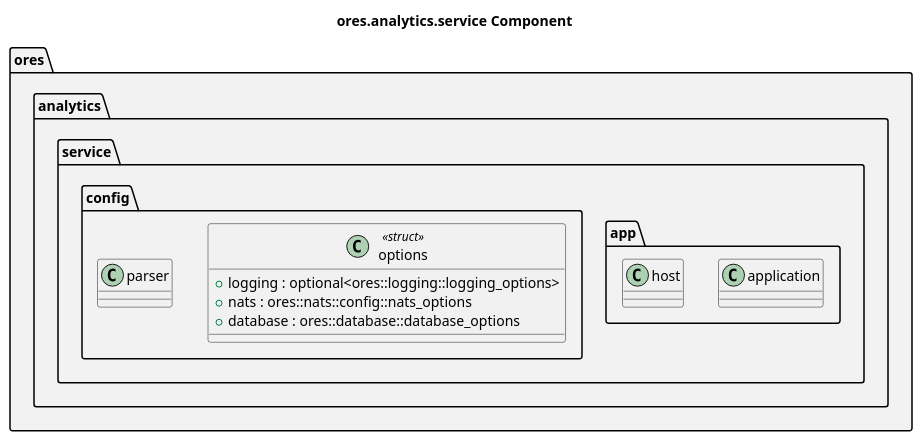
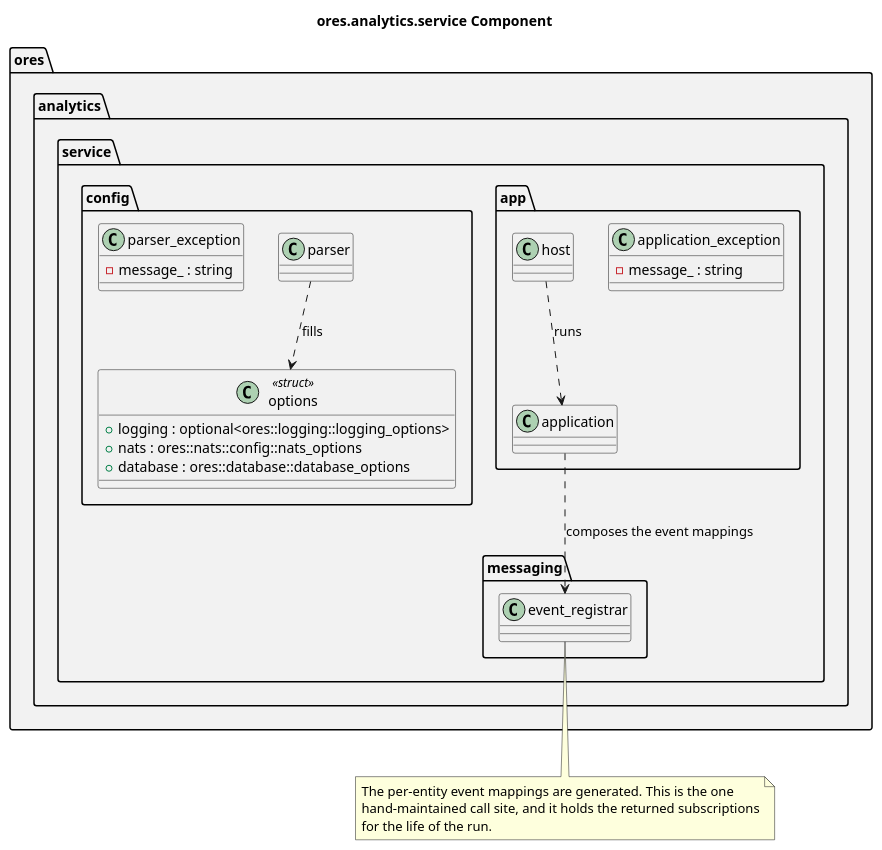
Before and after one commit to OreStudio/OreStudio: the diagram in projects/ores.analytics/service/modeling/ores.analytics.service.puml, drawn with PlantUML. The commit also changed 10 other files, not shown here.

```diff
--- a/projects/ores.analytics/service/modeling/ores.analytics.service.puml
+++ b/projects/ores.analytics/service/modeling/ores.analytics.service.puml
@@ -18,34 +18,54 @@
 @startuml
 
 title ores.analytics.service Component
 
 set namespaceSeparator ::
 
 namespace ores #F2F2F2 {
     namespace analytics #F2F2F2 {
         namespace service #F2F2F2 {
             namespace app #F2F2F2 {
                 class application {
                 }
+                class application_exception {
+                    -message_ : string
+                }
                 class host {
                 }
             }
             namespace config #F2F2F2 {
                 class options <<struct>> {
                     +logging : optional<ores::logging::logging_options>
                     +nats : ores::nats::config::nats_options
                     +database : ores::database::database_options
                 }
                 class parser {
                 }
+                class parser_exception {
+                    -message_ : string
+                }
+            }
+            namespace messaging #F2F2F2 {
+                class event_registrar {
+                }
             }
         }
     }
 }
 
 ' --- manual: everything below this line is hand-authored; the script preserves it ---
+ores::analytics::service::app::application ..> ores::analytics::service::messaging::event_registrar : composes the event mappings
+ores::analytics::service::app::host ..> ores::analytics::service::app::application : runs
+ores::analytics::service::config::parser ..> ores::analytics::service::config::options : fills
+
+note as N1
+  The per-entity event mappings are generated. This is the one
+  hand-maintained call site, and it holds the returned subscriptions
+  for the life of the run.
+end note
+ores::analytics::service::messaging::event_registrar .. N1
 
 ' Local Variables:
 ' compile-command: "java -Djava.awt.headless=true -DPLANTUML_SECURITY_PROFILE=UNSECURE -DPLANTUML_LIMIT_SIZE=65535 -jar /usr/share/plantuml/plantuml.jar ores.analytics.service.puml"
 ' End:
 @enduml
```
